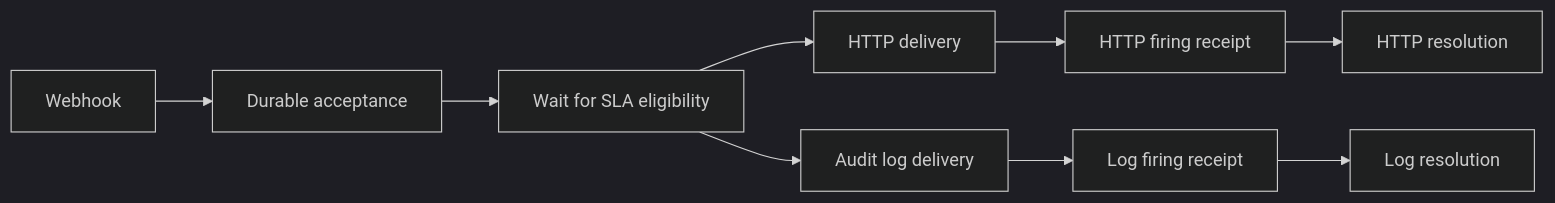
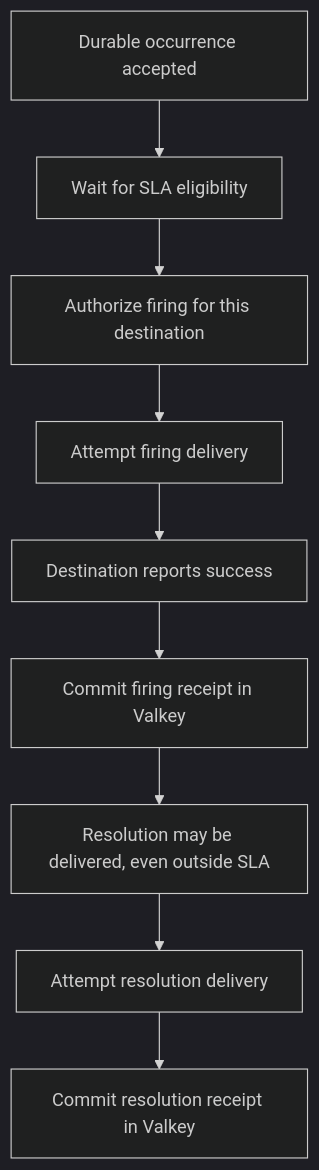
One commit to thenodon/alert-event-receiver changed the diagram in docs/sla-proxy/concepts.md. Above: the diagram before and after it, drawn with Mermaid (dark theme). The commit also changed other lines of this file, not shown here.

````diff
--- a/docs/sla-proxy/concepts.md
+++ b/docs/sla-proxy/concepts.md
@@ -144,11 +153,11 @@
 ```mermaid
-flowchart LR
-    W[Webhook] --> V[Durable acceptance]
-    V --> E[Wait for SLA eligibility]
-    E --> A[HTTP delivery]
-    E --> B[Audit log delivery]
-    A --> R[HTTP firing receipt]
-    B --> S[Log firing receipt]
-    R --> X[HTTP resolution]
-    S --> Y[Log resolution]
+flowchart TD
+    A[Durable occurrence accepted] --> B[Wait for SLA eligibility]
+    B --> C[Authorize firing for this destination]
+    C --> D[Attempt firing delivery]
+    D --> E[Destination reports success]
+    E --> F[Commit firing receipt in Valkey]
+    F --> G[Resolution may be delivered, even outside SLA]
+    G --> H[Attempt resolution delivery]
+    H --> I[Commit resolution receipt in Valkey]
 ```
````
